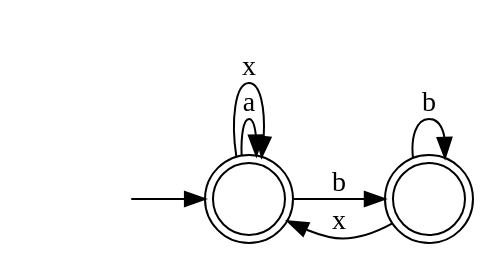
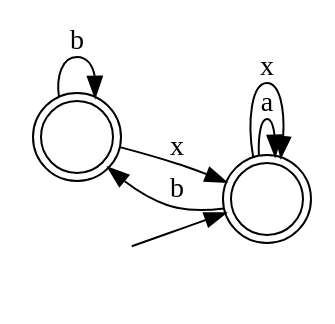
Before and after one commit to cdc08x/MINERful: the diagram in re-ltlf-fsa/automata/NotChainPrecedence_b__a_.dot, drawn with Graphviz. The commit also changed 29 other files, not shown here.

```diff
--- a/re-ltlf-fsa/automata/NotChainPrecedence_b__a_.dot
+++ b/re-ltlf-fsa/automata/NotChainPrecedence_b__a_.dot
@@ -1,12 +1,12 @@
 digraph Automaton {
   rankdir = LR;
   0 [shape=doublecircle,label=""];
+  0 -> 1 [label="x"]
+  0 -> 0 [label="b"]
+  1 [shape=doublecircle,label=""];
   initial [shape=plaintext,label=""];
-  initial -> 0
-  0 -> 0 [label="a"]
-  0 -> 0 [label="x"]
-  0 -> 1 [label="b"]
-  1 [shape=doublecircle,label=""];
-  1 -> 0 [label="x"]
-  1 -> 1 [label="b"]
+  initial -> 1
+  1 -> 1 [label="a"]
+  1 -> 1 [label="x"]
+  1 -> 0 [label="b"]
 }
```
